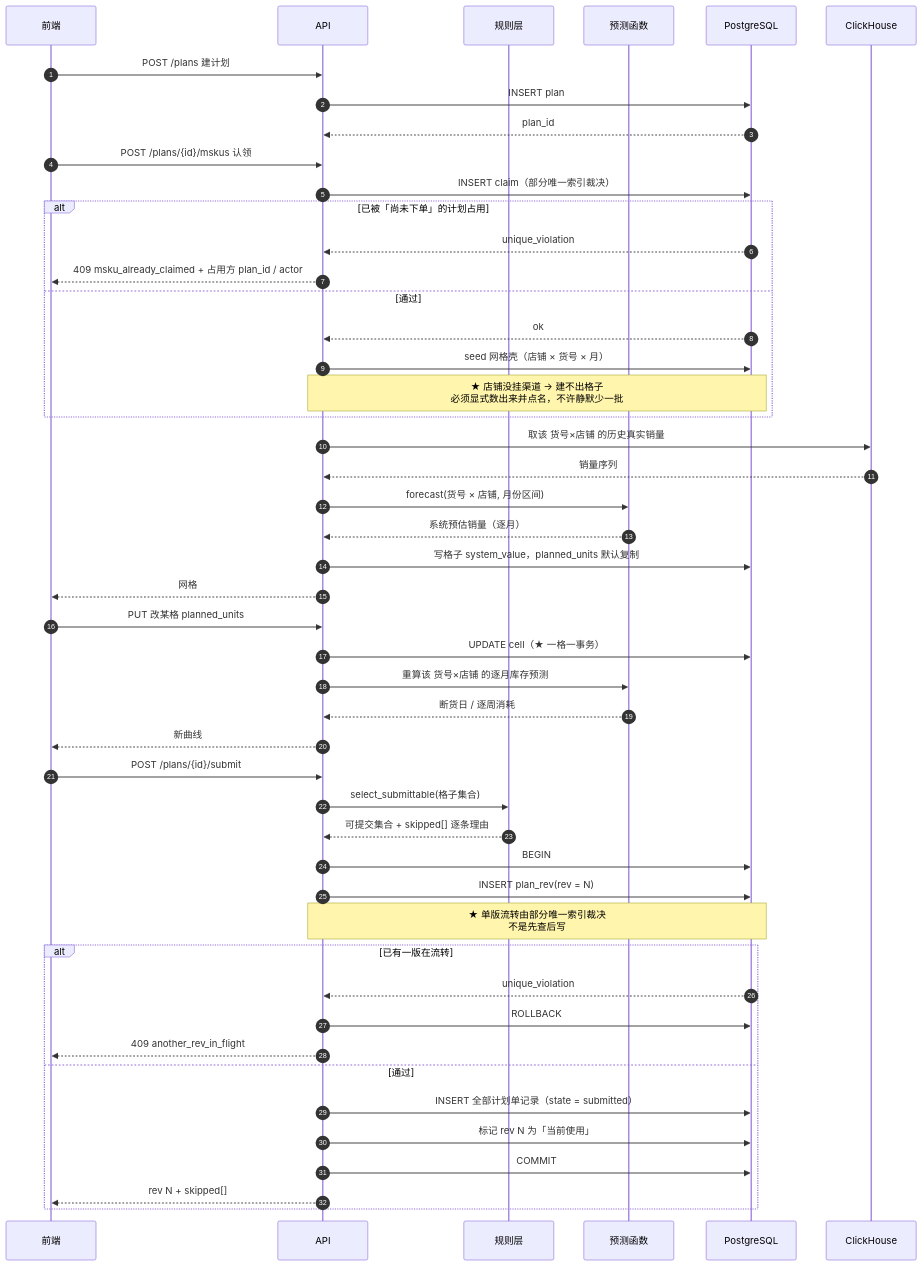
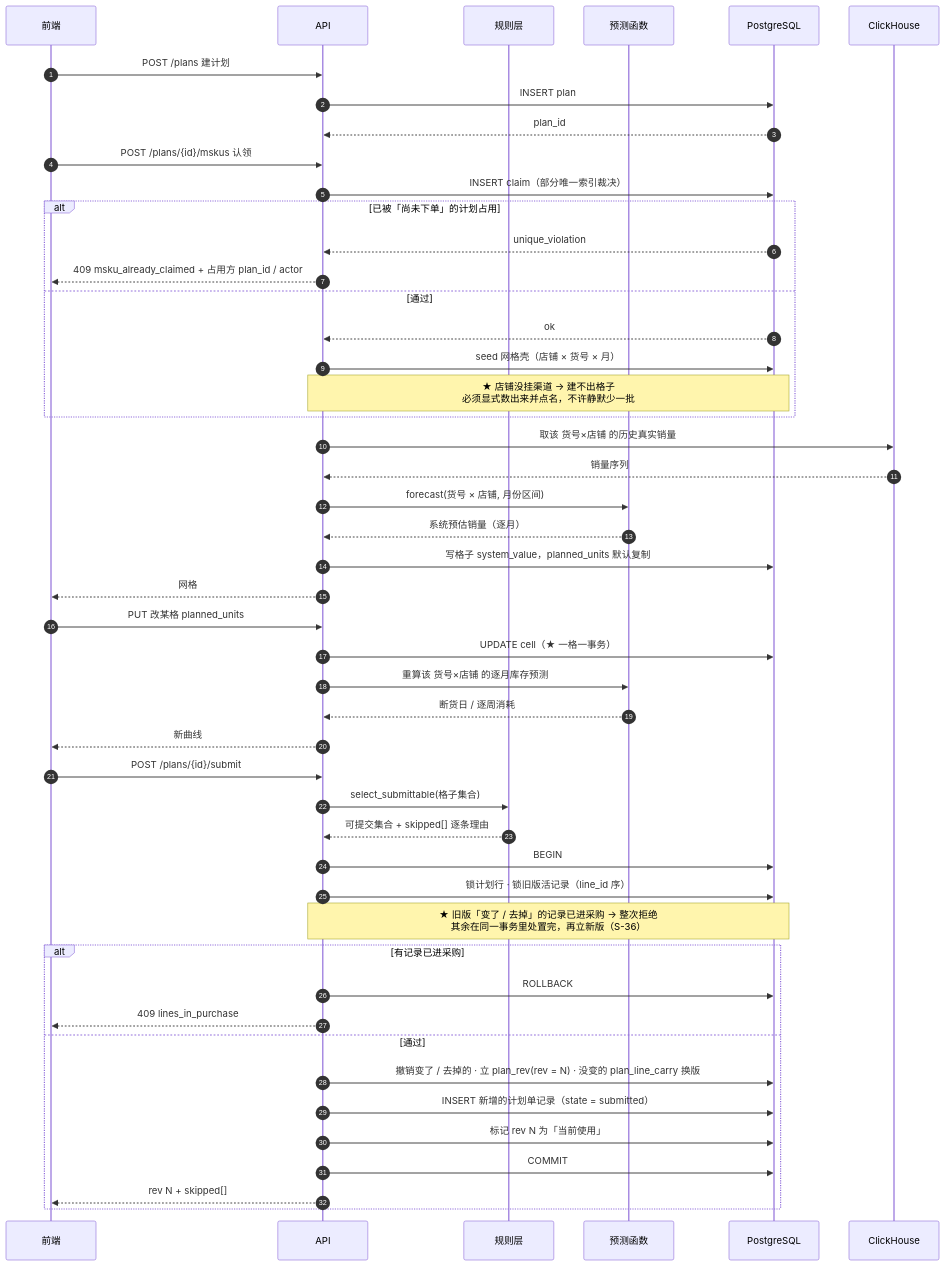
One commit to DuoWeiTree/service_supplychain changed the first of 7 diagrams in docs/07-核心业务模块时序.md. Above: the diagram before and after it, drawn with Mermaid. The commit also changed 6 other files, not shown here.

````diff
--- a/docs/07-核心业务模块时序.md
+++ b/docs/07-核心业务模块时序.md
@@ -36,55 +36,55 @@
 ```mermaid
 sequenceDiagram
     autonumber
     participant UI as 前端
     participant API as API
     participant RULE as 规则层
     participant FCST as 预测函数
     participant PG as PostgreSQL
     participant CH as ClickHouse
 
     UI->>API: POST /plans 建计划
     API->>PG: INSERT plan
     PG-->>API: plan_id
 
     UI->>API: POST /plans/{id}/mskus 认领
     API->>PG: INSERT claim（部分唯一索引裁决）
     alt 已被「尚未下单」的计划占用
         PG-->>API: unique_violation
         API-->>UI: 409 msku_already_claimed + 占用方 plan_id / actor
     else 通过
         PG-->>API: ok
         API->>PG: seed 网格壳（店铺 × 货号 × 月）
         Note over API,PG: ★ 店铺没挂渠道 → 建不出格子<br/>必须显式数出来并点名，不许静默少一批
     end
 
     API->>CH: 取该 货号×店铺 的历史真实销量
     CH-->>API: 销量序列
     API->>FCST: forecast(货号 × 店铺, 月份区间)
     FCST-->>API: 系统预估销量（逐月）
     API->>PG: 写格子 system_value，planned_units 默认复制
     API-->>UI: 网格
 
     UI->>API: PUT 改某格 planned_units
     API->>PG: UPDATE cell（★ 一格一事务）
     API->>FCST: 重算该 货号×店铺 的逐月库存预测
     FCST-->>API: 断货日 / 逐周消耗
     API-->>UI: 新曲线
 
     UI->>API: POST /plans/{id}/submit
     API->>RULE: select_submittable(格子集合)
     RULE-->>API: 可提交集合 + skipped[] 逐条理由
     API->>PG: BEGIN
-    API->>PG: INSERT plan_rev(rev = N)
-    Note over API,PG: ★ 单版流转由部分唯一索引裁决<br/>不是先查后写
-    alt 已有一版在流转
-        PG-->>API: unique_violation
+    API->>PG: 锁计划行 · 锁旧版活记录（line_id 序）
+    Note over API,PG: ★ 旧版「变了 / 去掉」的记录已进采购 → 整次拒绝<br/>其余在同一事务里处置完，再立新版（S-36）
+    alt 有记录已进采购
         API->>PG: ROLLBACK
-        API-->>UI: 409 another_rev_in_flight
+        API-->>UI: 409 lines_in_purchase
     else 通过
-        API->>PG: INSERT 全部计划单记录（state = submitted）
+        API->>PG: 撤销变了 / 去掉的 · 立 plan_rev(rev = N) · 没变的 plan_line_carry 换版
+        API->>PG: INSERT 新增的计划单记录（state = submitted）
         API->>PG: 标记 rev N 为「当前使用」
         API->>PG: COMMIT
         API-->>UI: rev N + skipped[]
     end
 ```
````
